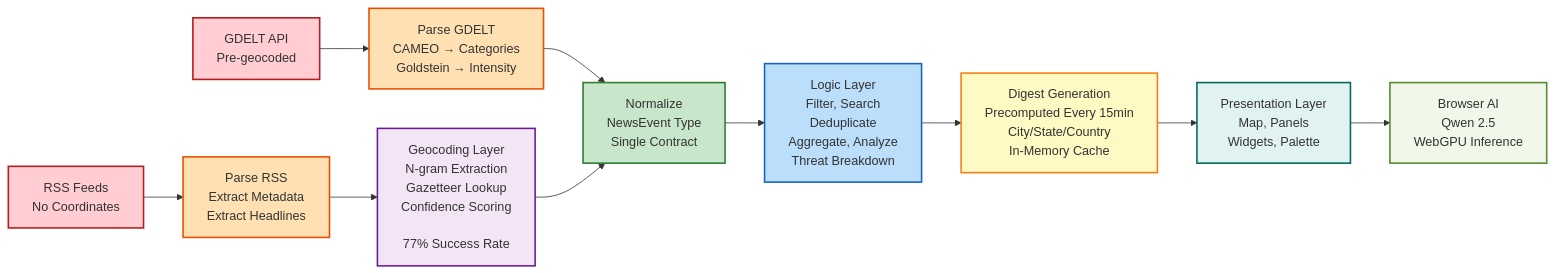
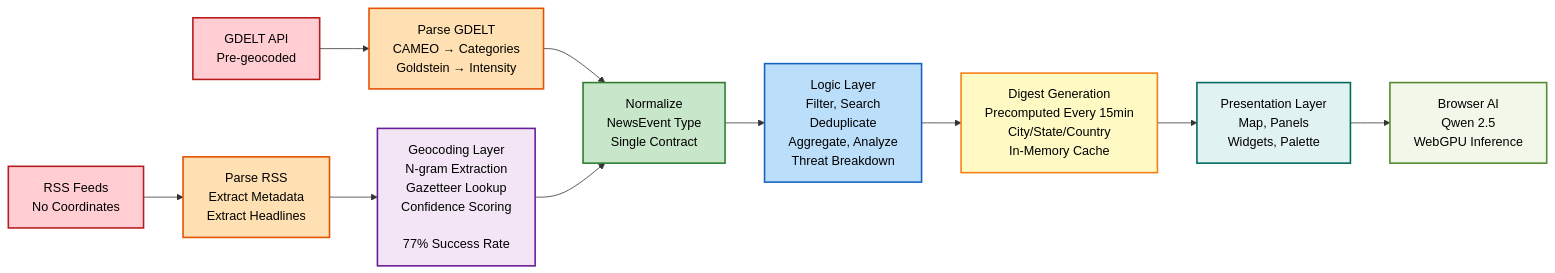
One commit to JyotirmoyDas05/AakashSanchar changed the second of 4 diagrams in ARCHITECTURE.md. Above: the diagram before and after it, drawn with Mermaid. The commit also changed other lines of this file and 4 other files, not shown here.

First line of the commit message:
Fix low-contrast text in Mermaid diagrams

````diff
--- a/ARCHITECTURE.md
+++ b/ARCHITECTURE.md
@@ -49,41 +49,41 @@
 ```mermaid
 graph LR
     GDELT["GDELT API<br/>Pre-geocoded"]
     RSS["RSS Feeds<br/>No Coordinates"]
     
     PARSE1["Parse GDELT<br/>CAMEO → Categories<br/>Goldstein → Intensity"]
     PARSE2["Parse RSS<br/>Extract Metadata<br/>Extract Headlines"]
     
     GEOCODE["Geocoding Layer<br/>N-gram Extraction<br/>Gazetteer Lookup<br/>Confidence Scoring<br/><br/>77% Success Rate"]
     
     NORMALIZE["Normalize<br/>NewsEvent Type<br/>Single Contract"]
     
     LOGIC["Logic Layer<br/>Filter, Search<br/>Deduplicate<br/>Aggregate, Analyze<br/>Threat Breakdown"]
     
     DIGEST["Digest Generation<br/>Precomputed Every 15min<br/>City/State/Country<br/>In-Memory Cache"]
     
     UI["Presentation Layer<br/>Map, Panels<br/>Widgets, Palette"]
     
     AI["Browser AI<br/>Qwen 2.5<br/>WebGPU Inference"]
     
     GDELT --> PARSE1
     RSS --> PARSE2
     PARSE1 --> NORMALIZE
     PARSE2 --> GEOCODE
     GEOCODE --> NORMALIZE
     NORMALIZE --> LOGIC
     LOGIC --> DIGEST
     DIGEST --> UI
     UI --> AI
     
-    style GDELT fill:#ffcdd2,stroke:#b71c1c,stroke-width:2px
-    style RSS fill:#ffcdd2,stroke:#b71c1c,stroke-width:2px
-    style PARSE1 fill:#ffe0b2,stroke:#e65100,stroke-width:2px
-    style PARSE2 fill:#ffe0b2,stroke:#e65100,stroke-width:2px
-    style GEOCODE fill:#f3e5f5,stroke:#6a1b9a,stroke-width:2px
-    style NORMALIZE fill:#c8e6c9,stroke:#2e7d32,stroke-width:2px
-    style LOGIC fill:#bbdefb,stroke:#1565c0,stroke-width:2px
-    style DIGEST fill:#fff9c4,stroke:#f57f17,stroke-width:2px
-    style UI fill:#e0f2f1,stroke:#00695c,stroke-width:2px
-    style AI fill:#f1f8e9,stroke:#558b2f,stroke-width:2px
+    style GDELT fill:#ffcdd2,stroke:#b71c1c,stroke-width:2px,color:#000000
+    style RSS fill:#ffcdd2,stroke:#b71c1c,stroke-width:2px,color:#000000
+    style PARSE1 fill:#ffe0b2,stroke:#e65100,stroke-width:2px,color:#000000
+    style PARSE2 fill:#ffe0b2,stroke:#e65100,stroke-width:2px,color:#000000
+    style GEOCODE fill:#f3e5f5,stroke:#6a1b9a,stroke-width:2px,color:#000000
+    style NORMALIZE fill:#c8e6c9,stroke:#2e7d32,stroke-width:2px,color:#000000
+    style LOGIC fill:#bbdefb,stroke:#1565c0,stroke-width:2px,color:#000000
+    style DIGEST fill:#fff9c4,stroke:#f57f17,stroke-width:2px,color:#000000
+    style UI fill:#e0f2f1,stroke:#00695c,stroke-width:2px,color:#000000
+    style AI fill:#f1f8e9,stroke:#558b2f,stroke-width:2px,color:#000000
 ```
````
